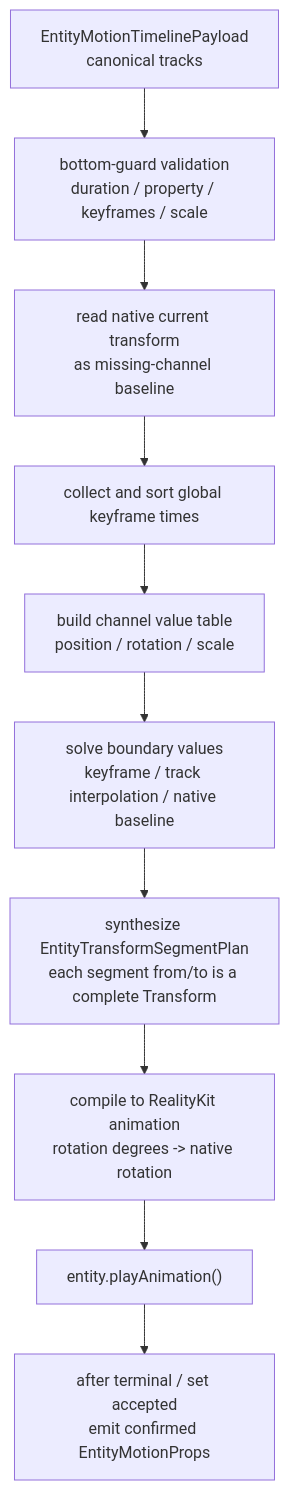
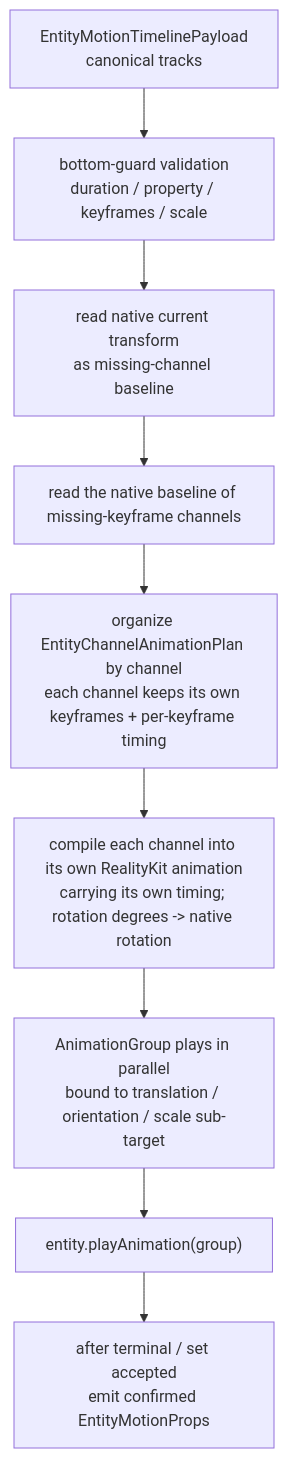
The fifth of 6 diagrams in openspec/changes/redesign-entity-motion-api/design.md (webspatial/webspatial-sdk), drawn with Mermaid before and after one commit. The commit also changed other lines of this file and 7 other files, not shown here.

````diff
--- a/openspec/changes/redesign-entity-motion-api/design.md
+++ b/openspec/changes/redesign-entity-motion-api/design.md
@@ -387,23 +390,21 @@
 ```mermaid
 flowchart TB
     Payload["EntityMotionTimelinePayload<br/>canonical tracks"]
     Validate["bottom-guard validation<br/>duration / property / keyframes / scale"]
     Snapshot["read native current transform<br/>as missing-channel baseline"]
-    Times["collect and sort global keyframe times"]
-    Table["build channel value table<br/>position / rotation / scale"]
-    Fill["solve boundary values<br/>keyframe / track interpolation / native baseline"]
-    Segments["synthesize EntityTransformSegmentPlan<br/>each segment from/to is a complete Transform"]
-    RKCompile["compile to RealityKit animation<br/>rotation degrees -> native rotation"]
-    Play["entity.playAnimation()"]
+    Baseline["read the native baseline of missing-keyframe channels"]
+    Channels["organize EntityChannelAnimationPlan by channel<br/>each channel keeps its own keyframes + per-keyframe timing"]
+    RKCompile["compile each channel into its own RealityKit animation<br/>carrying its own timing; rotation degrees -> native rotation"]
+    Group["AnimationGroup plays in parallel<br/>bound to translation / orientation / scale sub-target"]
+    Play["entity.playAnimation(group)"]
     Confirm["after terminal / set accepted<br/>emit confirmed EntityMotionProps"]
 
     Payload --> Validate
     Validate --> Snapshot
-    Snapshot --> Times
-    Times --> Table
-    Table --> Fill
-    Fill --> Segments
-    Segments --> RKCompile
-    RKCompile --> Play
+    Snapshot --> Baseline
+    Baseline --> Channels
+    Channels --> RKCompile
+    RKCompile --> Group
+    Group --> Play
     Play --> Confirm
 ```
````
